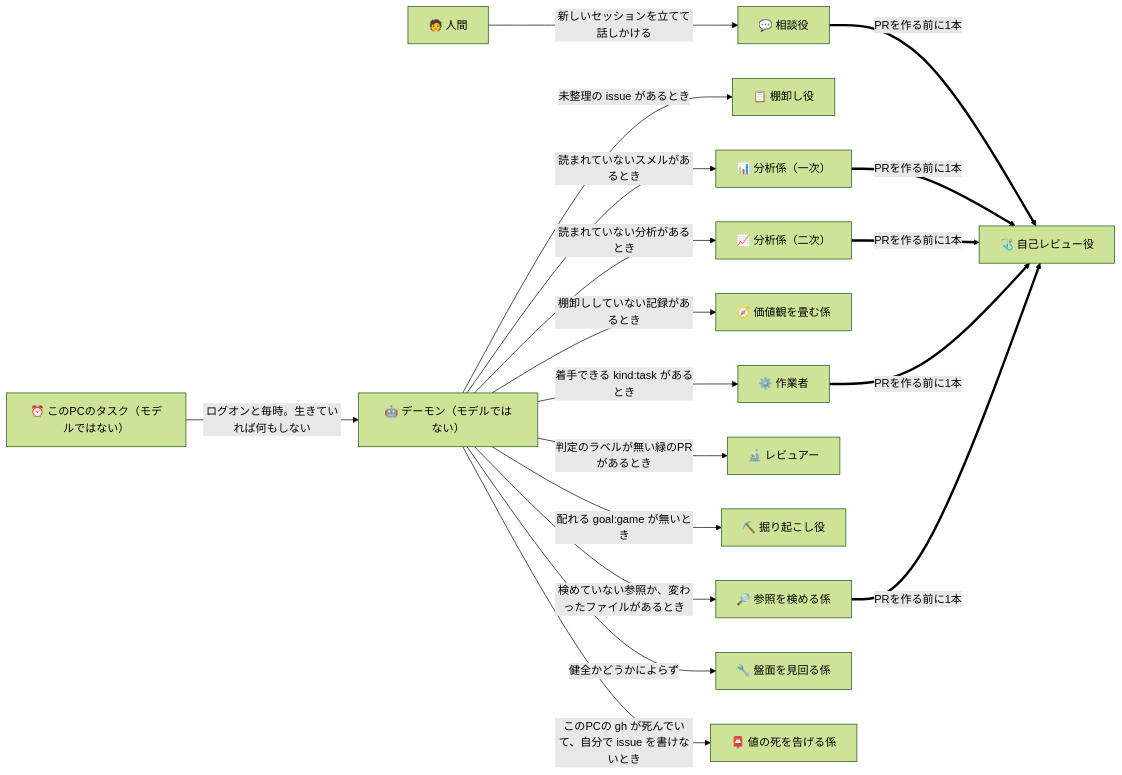
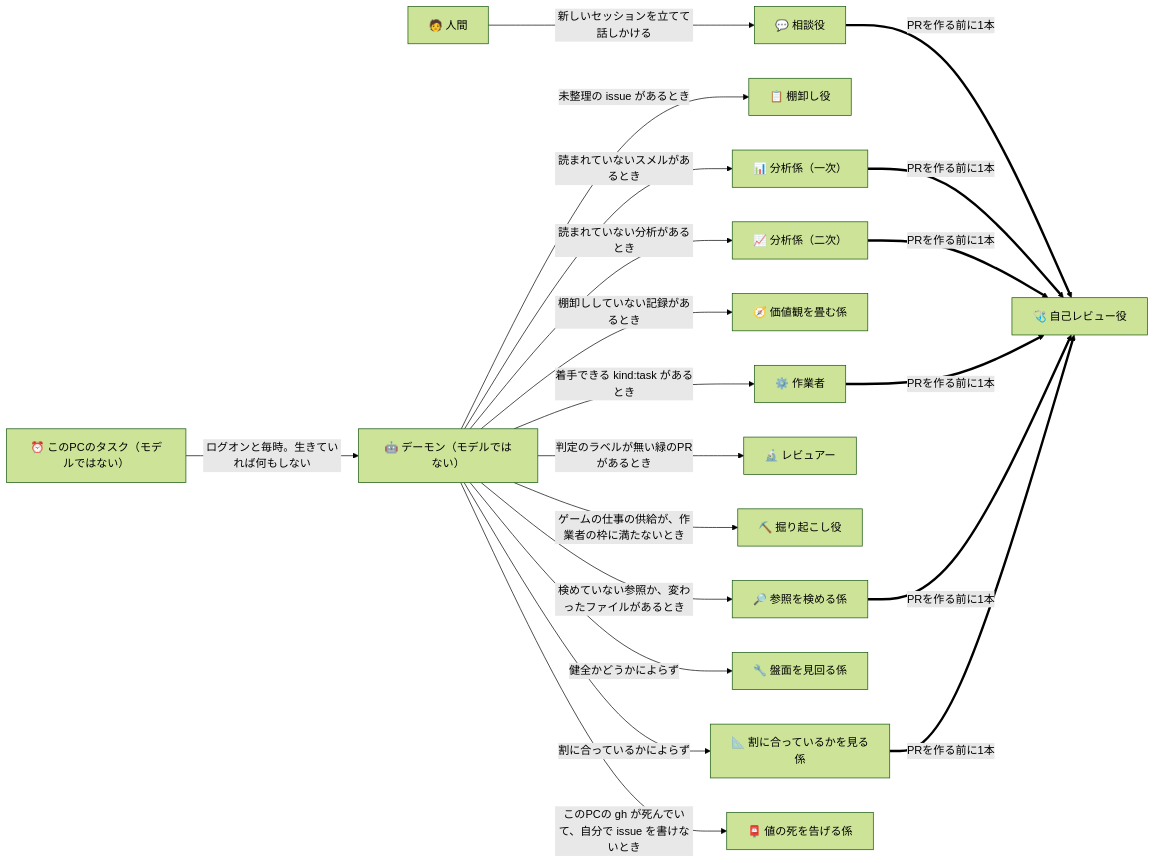
Before and after one commit to gooyyu1/UnmappedIsland: the first of 5 diagrams in docs/ParallelAgents.md, drawn with Mermaid (forest theme). The commit also changed other lines of this file and 19 other files, not shown here.

````diff
--- a/docs/ParallelAgents.md
+++ b/docs/ParallelAgents.md
@@ -29,36 +29,39 @@
 ```mermaid
 flowchart LR
     Human["🧑 人間"]
     Task["⏰ このPCのタスク（モデルではない）"]
     Daemon["🤖 デーモン（モデルではない）"]
     Adviser["💬 相談役"]
     Triage["📋 棚卸し役"]
     Analysis["📊 分析係（一次）"]
     Trend["📈 分析係（二次）"]
     Policy["🧭 価値観を畳む係"]
     Reviewer["🔬 レビュアー"]
     Worker["⚙️ 作業者"]
     SelfReview["🩺 自己レビュー役"]
     Digger["⛏️ 掘り起こし役"]
     RefAudit["🔎 参照を検める係"]
     Patrol["🔧 盤面を見回る係"]
+    Payoff["📐 割に合っているかを見る係"]
     Values["📮 値の死を告げる係"]
 
     Human -->|"新しいセッションを立てて話しかける"| Adviser
     Task -->|"ログオンと毎時。生きていれば何もしない"| Daemon
     Daemon -->|"未整理の issue があるとき"| Triage
     Daemon -->|"読まれていないスメルがあるとき"| Analysis
     Daemon -->|"読まれていない分析があるとき"| Trend
     Daemon -->|"棚卸ししていない記録があるとき"| Policy
     Daemon -->|"着手できる kind:task があるとき"| Worker
     Daemon -->|"判定のラベルが無い緑のPRがあるとき"| Reviewer
-    Daemon -->|"配れる goal:game が無いとき"| Digger
+    Daemon -->|"ゲームの仕事の供給が、作業者の枠に満たないとき"| Digger
     Daemon -->|"検めていない参照か、変わったファイルがあるとき"| RefAudit
     Daemon -->|"健全かどうかによらず"| Patrol
+    Daemon -->|"割に合っているかによらず"| Payoff
     Daemon -->|"このPCの gh が死んでいて、自分で issue を書けないとき"| Values
     Worker ==>|"PRを作る前に1本"| SelfReview
     Analysis ==>|"PRを作る前に1本"| SelfReview
+    Payoff ==>|"PRを作る前に1本"| SelfReview
     Trend ==>|"PRを作る前に1本"| SelfReview
     RefAudit ==>|"PRを作る前に1本"| SelfReview
     Adviser ==>|"PRを作る前に1本"| SelfReview
 ```
````
